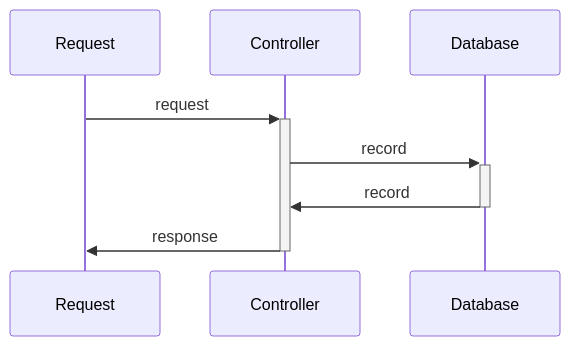
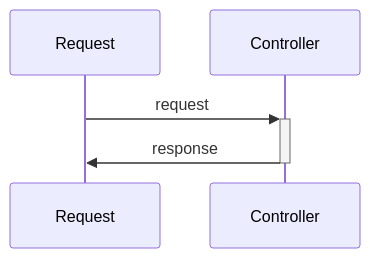
One commit to vinicinbgs/http-mock-server changed the diagram in README.md. Above: the diagram before and after it, drawn with Mermaid. The commit also changed other lines of this file and 3 other files, not shown here.

Commit message:
docs(readme): update documentation adding roadmap of project

````diff
--- a/README.md
+++ b/README.md
@@ -26,7 +55,5 @@
 ```mermaid
 sequenceDiagram
     Request->>+Controller: request
-    Controller->>+Database: record
-    Database->>-Controller: record
     Controller->>-Request: response
 ```
````
